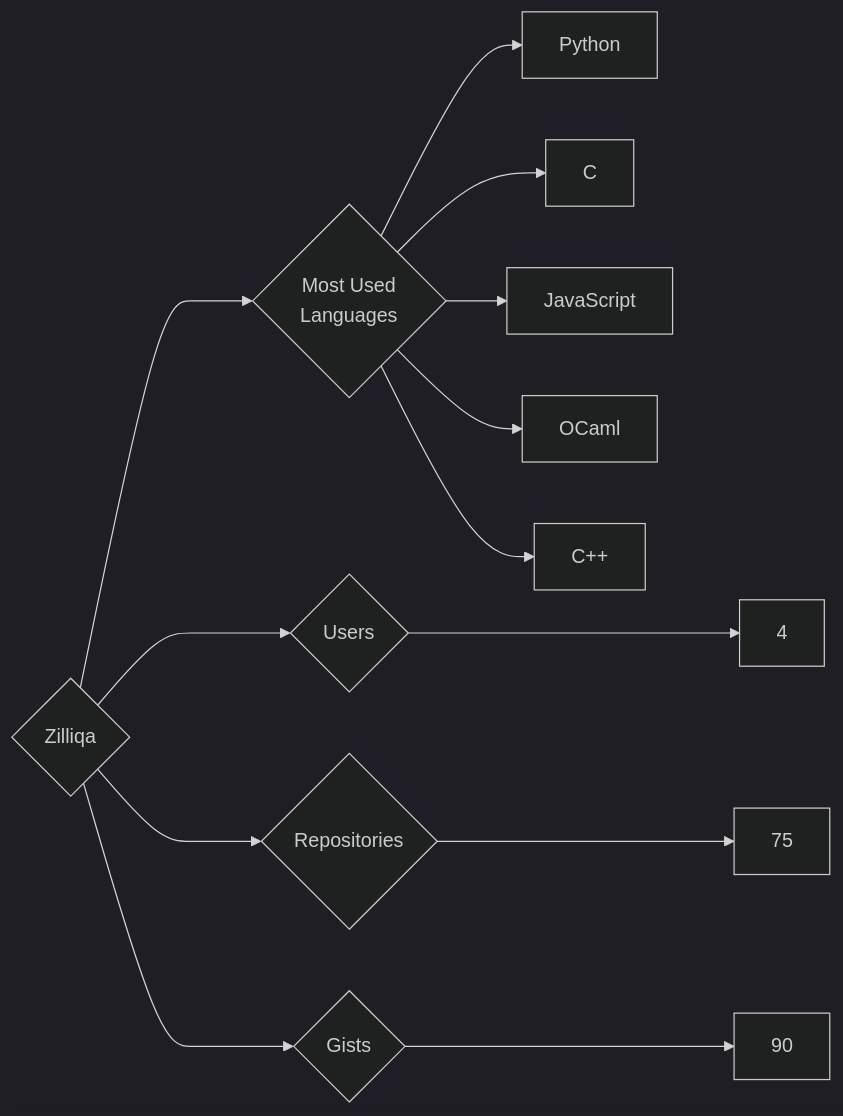
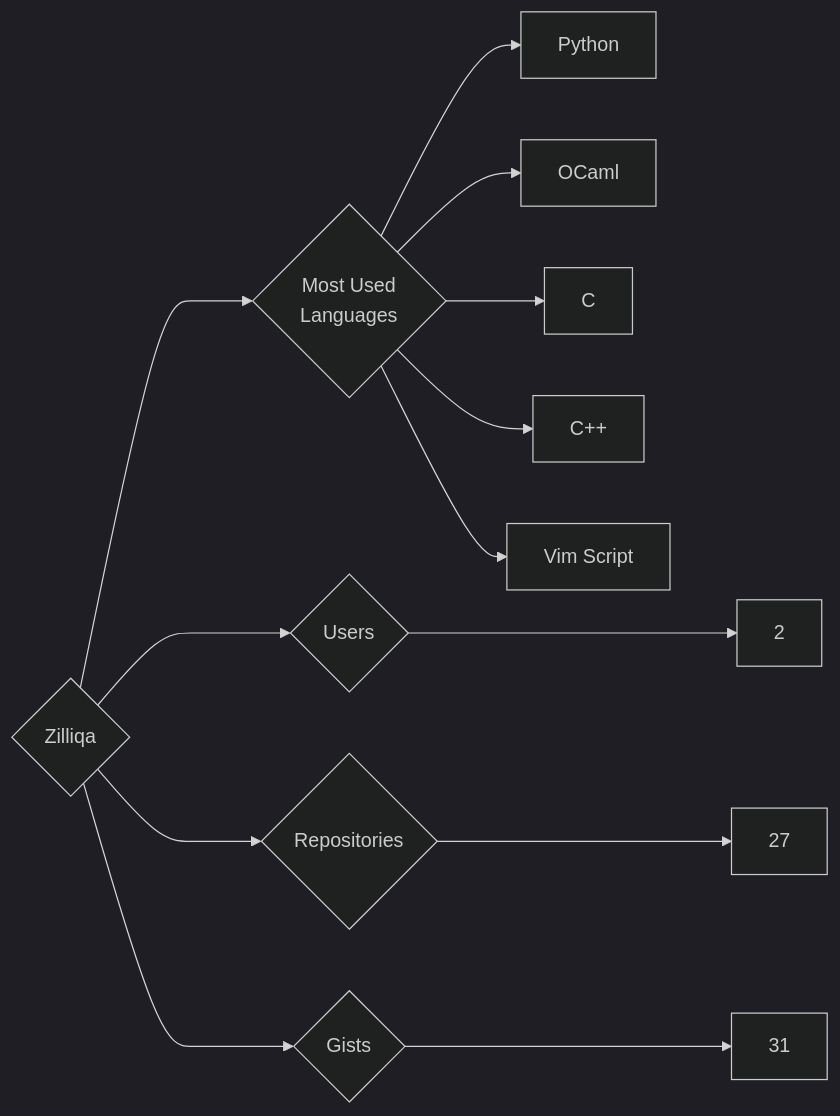
Before and after one commit to trickest/insiders: the diagram in targets/Zilliqa/README.md, drawn with Mermaid (dark theme). The commit also changed 815 other files, not shown here.

````diff
--- a/targets/Zilliqa/README.md
+++ b/targets/Zilliqa/README.md
@@ -3,13 +3,13 @@
 ```mermaid
 graph LR
 COMPANY_NAME{Zilliqa}
-COMPANY_NAME ---> U{Users} ---> UN[4]
-COMPANY_NAME ---> R{Repositories} ---> RN[75]
-COMPANY_NAME ---> G{Gists} ---> GN[90]
+COMPANY_NAME ---> U{Users} ---> UN[2]
+COMPANY_NAME ---> R{Repositories} ---> RN[27]
+COMPANY_NAME ---> G{Gists} ---> GN[31]
 COMPANY_NAME ---> ML{Most Used<br>Languages}
 ML --> Python[Python]
+ML --> OCaml[OCaml]
 ML --> C[C]
-ML --> JavaScript[JavaScript]
-ML --> OCaml[OCaml]
 ML --> C++[C++]
+ML --> Vim_Script[Vim Script]
 ```
````
